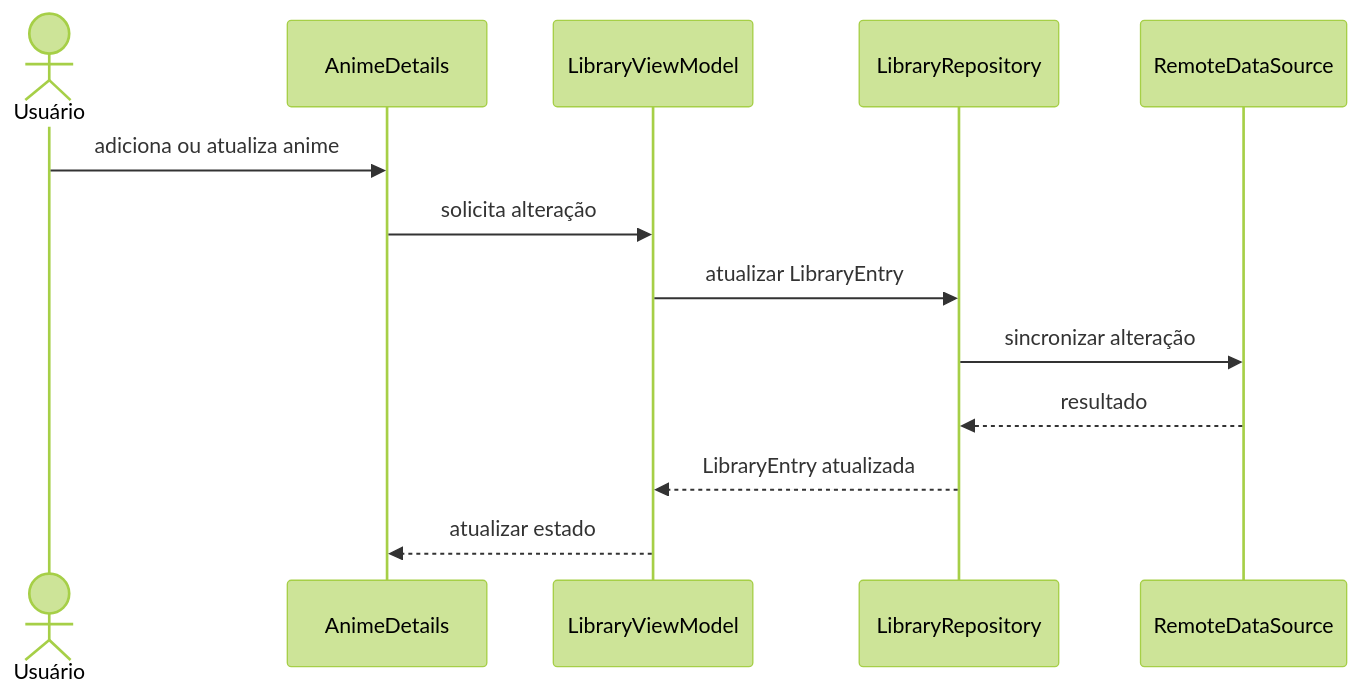
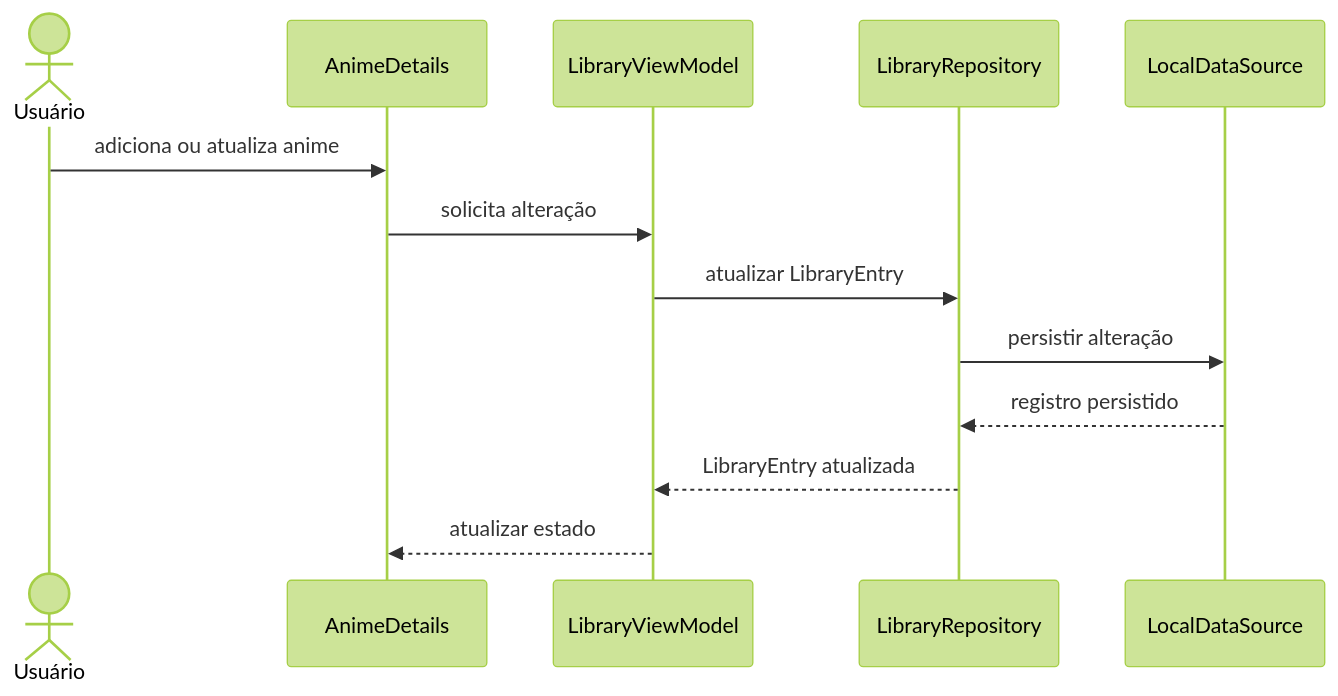
The fifth of 7 diagrams in docs/modelagem.md (Drufontael/mykytadu-app), drawn with Mermaid (forest theme) before and after one commit. The commit also changed other lines of this file and 5 other files, not shown here.

Commit message:
docs: align documentation with revised roadmap

````diff
--- a/docs/modelagem.md
+++ b/docs/modelagem.md
@@ -440,16 +433,16 @@
 ```mermaid
 sequenceDiagram
     actor User as Usuário
     participant UI as AnimeDetails
     participant VM as LibraryViewModel
     participant Repo as LibraryRepository
-    participant Remote as RemoteDataSource
+    participant Local as LocalDataSource
 
     User->>UI: adiciona ou atualiza anime
     UI->>VM: solicita alteração
     VM->>Repo: atualizar LibraryEntry
-    Repo->>Remote: sincronizar alteração
-    Remote-->>Repo: resultado
+    Repo->>Local: persistir alteração
+    Local-->>Repo: registro persistido
     Repo-->>VM: LibraryEntry atualizada
     VM-->>UI: atualizar estado
 ```
````
